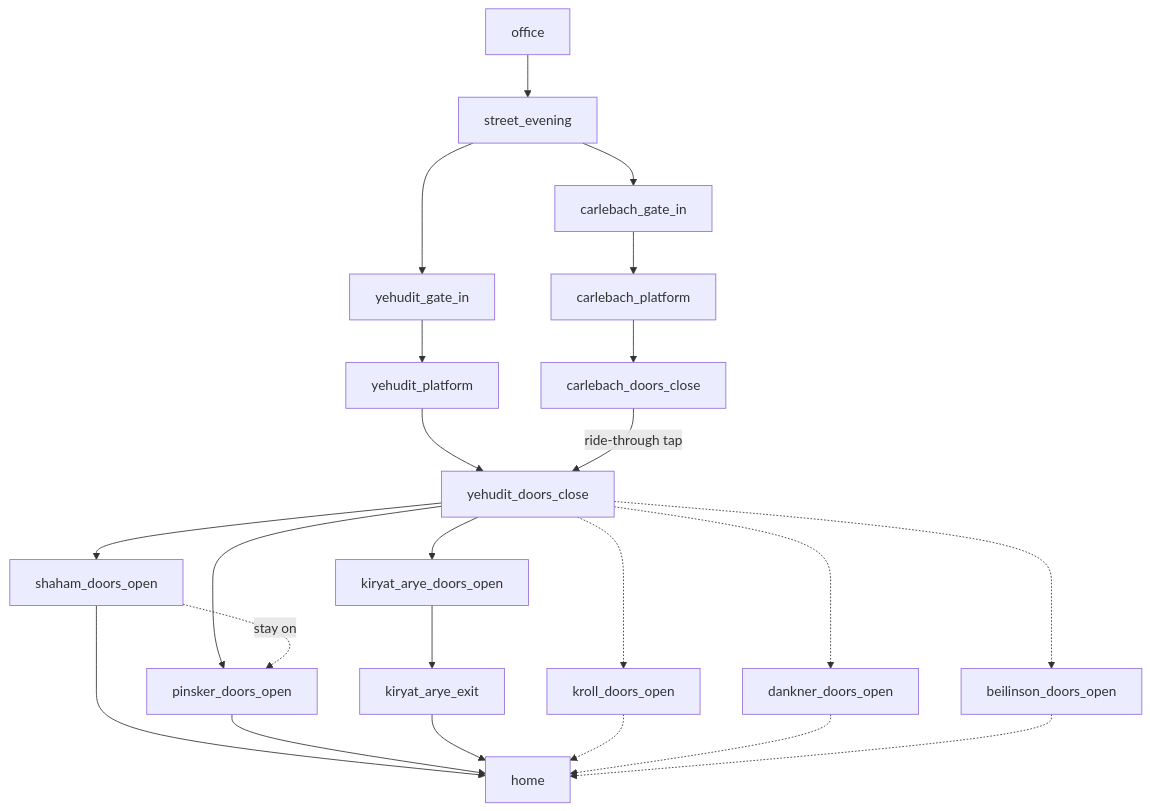
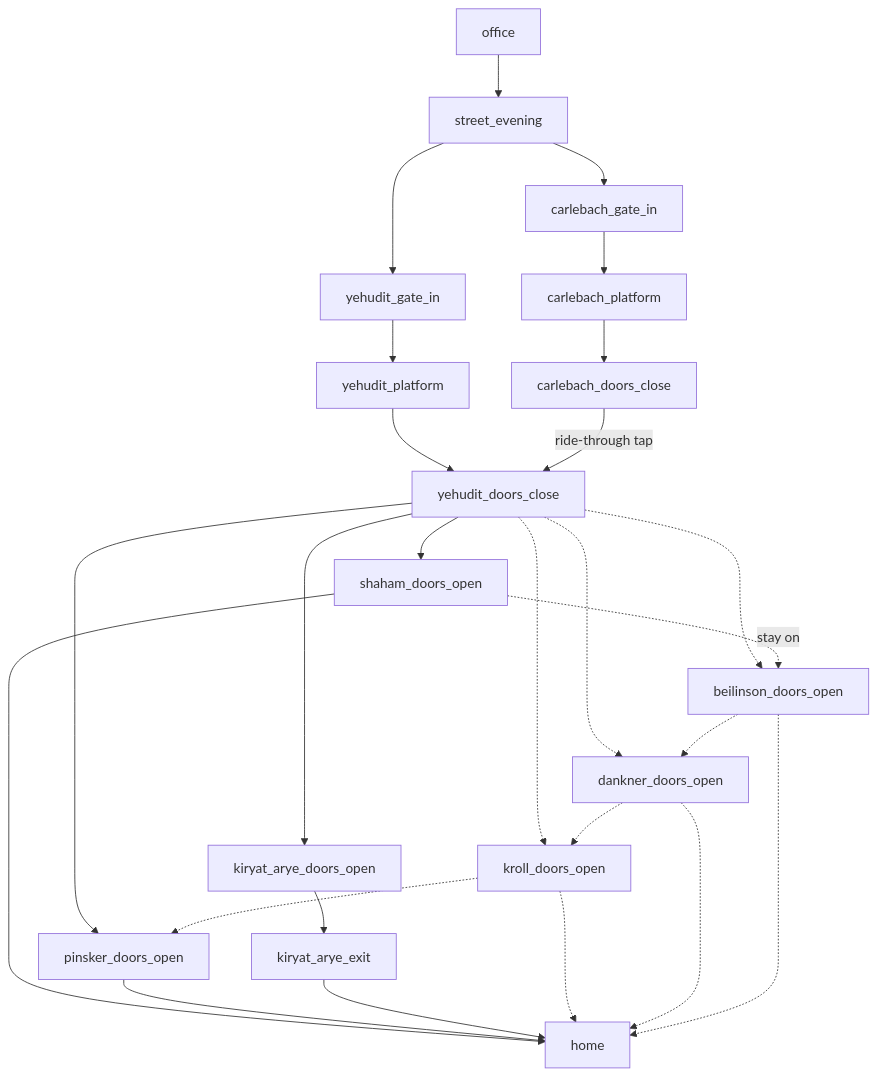
The second of 2 diagrams in SPEC.md (Voskov/path-race), drawn with Mermaid before and after one commit. The commit also changed other lines of this file and 2 other files, not shown here.

````diff
--- a/SPEC.md
+++ b/SPEC.md
@@ -97,25 +97,28 @@
 ```mermaid
 flowchart TD
     OF[office] --> ST_E[street_evening]
     ST_E --> YG2[yehudit_gate_in]
     ST_E --> CG2[carlebach_gate_in]
     YG2 --> YP[yehudit_platform]
     CG2 --> CP[carlebach_platform]
     CP --> CDC[carlebach_doors_close]
     YP --> YDC[yehudit_doors_close]
     CDC -->|ride-through tap| YDC
     YDC --> SDO[shaham_doors_open]
     YDC --> PDO[pinsker_doors_open]
     YDC --> KDO[kiryat_arye_doors_open]
     YDC -.-> KRDO[kroll_doors_open]
     YDC -.-> DDO[dankner_doors_open]
     YDC -.-> BDO[beilinson_doors_open]
-    SDO -.->|stay on| PDO
+    SDO -.->|stay on| BDO
+    BDO -.-> DDO
+    DDO -.-> KRDO
+    KRDO -.-> PDO
     KDO --> KEX[kiryat_arye_exit]
     SDO --> H2[home]
     PDO --> H2
     KEX --> H2
     KRDO -.-> H2
     DDO -.-> H2
     BDO -.-> H2
 ```
````
